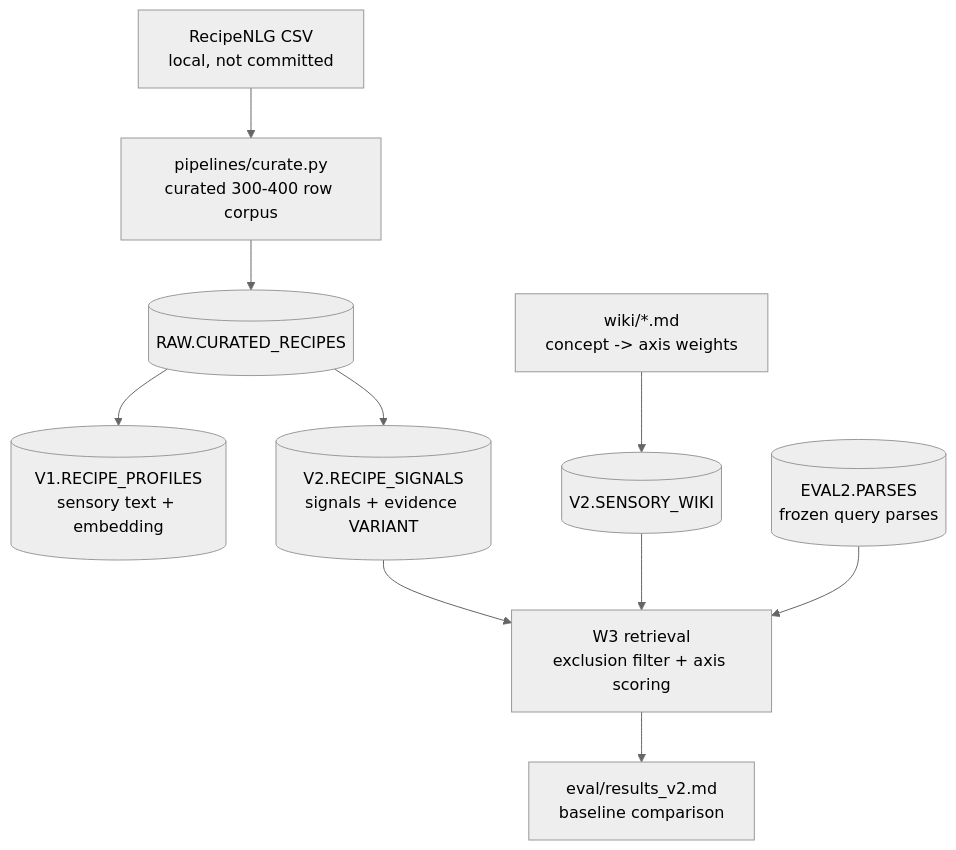
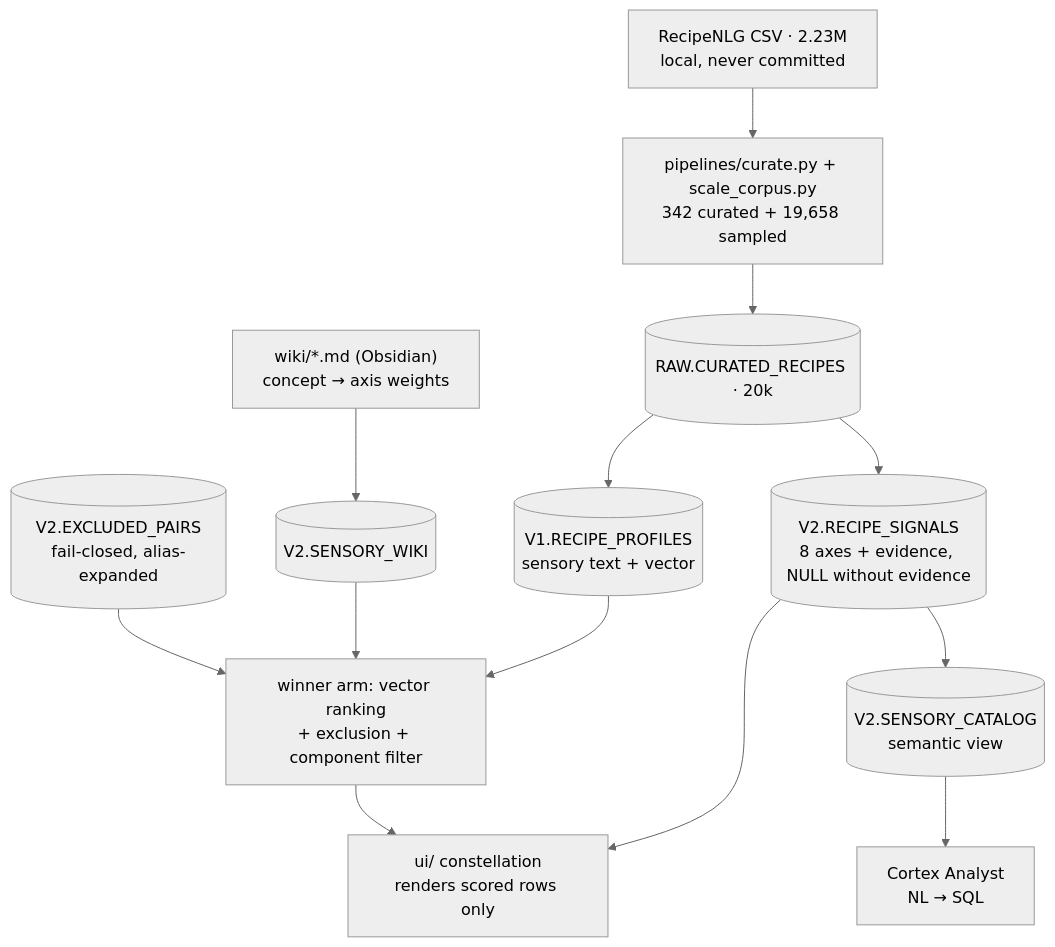
One commit to syp0000/CravingRAG changed the diagram in README.md. Above: the diagram before and after it, drawn with Mermaid (neutral theme). The commit also changed other lines of this file, not shown here.

````diff
--- a/README.md
+++ b/README.md
@@ -64,21 +109,23 @@
 ```mermaid
 flowchart TD
-    CSV["RecipeNLG CSV<br/>local, not committed"]
-    CURATE["pipelines/curate.py<br/>curated 300-400 row corpus"]
-    RAW[("RAW.CURATED_RECIPES")]
-    V1[("V1.RECIPE_PROFILES<br/>sensory text + embedding")]
-    WIKI["wiki/*.md<br/>concept -> axis weights"]
+    CSV["RecipeNLG CSV · 2.23M<br/>local, never committed"]
+    CURATE["pipelines/curate.py + scale_corpus.py<br/>342 curated + 19,658 sampled"]
+    RAW[("RAW.CURATED_RECIPES · 20k")]
+    V1[("V1.RECIPE_PROFILES<br/>sensory text + vector")]
+    SIG[("V2.RECIPE_SIGNALS<br/>8 axes + evidence, NULL without evidence")]
+    WIKI["wiki/*.md (Obsidian)<br/>concept → axis weights"]
     SW[("V2.SENSORY_WIKI")]
-    SIG[("V2.RECIPE_SIGNALS<br/>signals + evidence VARIANT")]
-    PARSE[("EVAL2.PARSES<br/>frozen query parses")]
-    SCORE["W3 retrieval<br/>exclusion filter + axis scoring"]
-    EVAL["eval/results_v2.md<br/>baseline comparison"]
+    EXCL[("V2.EXCLUDED_PAIRS<br/>fail-closed, alias-expanded")]
+    RANK["winner arm: vector ranking<br/>+ exclusion + component filter"]
+    UI["ui/ constellation<br/>renders scored rows only"]
+    SEM[("V2.SENSORY_CATALOG<br/>semantic view")]
+    AN["Cortex Analyst<br/>NL → SQL"]
 
     CSV --> CURATE --> RAW
-    RAW --> V1
+    RAW --> V1 --> RANK
     RAW --> SIG
-    WIKI --> SW
-    SW --> SCORE
-    PARSE --> SCORE
-    SIG --> SCORE --> EVAL
+    WIKI --> SW --> RANK
+    SIG --> UI
+    SIG --> SEM --> AN
+    EXCL --> RANK --> UI
 ```
````
